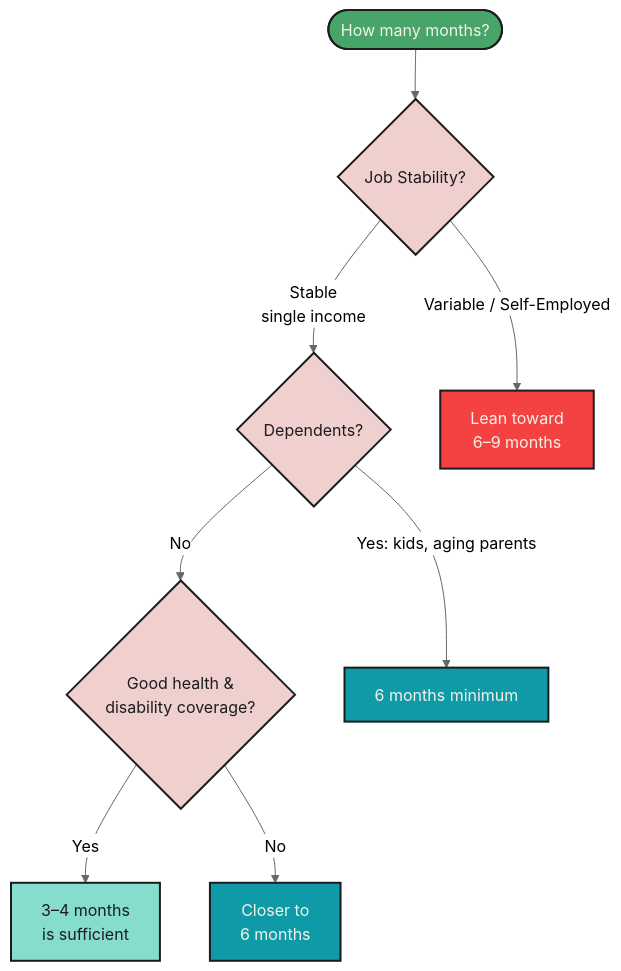
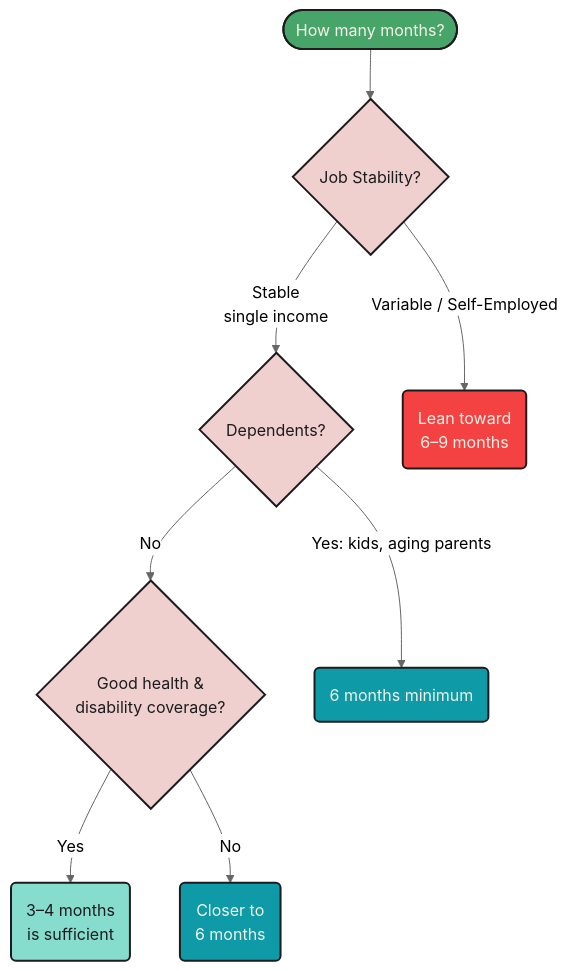
The second of 5 diagrams in emergency_fund.qmd (mjfrigaard/fm-finance), drawn with Mermaid before and after one commit. The commit also changed other lines of this file and 20 other files, not shown here.

Commit message:
updates to mermaid diagrams

````diff
--- a/emergency_fund.qmd
+++ b/emergency_fund.qmd
@@ -95,22 +81,22 @@
 ```{mermaid}
 %%| fig-cap: 'How Many Months Do You Need?'
 %%| fig-align: center
-%%{init: {'theme': 'neutral', 'themeVariables': { 'fontFamily': 'monospace', "fontSize":"16px"}}}%%
+%%{init: {'theme': 'neutral', 'themeVariables': { 'fontFamily': 'monospace', "darkMode":false, "fontSize":"16px"}}}%%
 
 flowchart TD
-    Start([How many months?]) --> Job{Job Stability?}
-    Job -->|Stable<br>single income| Dep{Dependents?}
-    Job -->|Variable / Self-Employed| More[Lean toward<br>6–9 months]
-    Dep -->|No| Insure{Good health &<br>disability coverage?}
-    Dep -->|Yes: kids, aging parents| SixPlus[6 months minimum]
-    Insure -->|Yes| ThreeToSix[3–4 months<br>is sufficient]
-    Insure -->|No| SixMonths[Closer to<br>6 months]
+    Start(["How many months?"]) --> Job{"Job Stability?"}
+    Job -->|"Stable<br>single income"| Dep{"Dependents?"}
+    Job -->|"Variable / Self-Employed"| More("Lean toward<br>6–9 months")
+    Dep -->|"No"| Insure{"Good health &<br>disability coverage?"}
+    Dep -->|"Yes: kids, aging parents"| SixPlus("6 months minimum")
+    Insure -->|"Yes"| ThreeToSix("3–4 months<br>is sufficient")
+    Insure -->|"No"| SixMonths("Closer to<br>6 months")
     style Start fill:#48a56a,color:#F5F2E8,stroke:#1C1C1E,stroke-width:2px
     style Job fill:#f0cfcf,color:#1C1C1E,stroke:#1C1C1E,stroke-width:2px
     style More fill:#f44242,color:#F5F2E8,stroke:#1C1C1E,stroke-width:2px
     style Dep fill:#f0cfcf,color:#1C1C1E,stroke:#1C1C1E,stroke-width:2px
     style SixPlus fill:#0e9aa7,color:#F5F2E8,stroke:#1C1C1E,stroke-width:2px
     style Insure fill:#f0cfcf,color:#1C1C1E,stroke:#1C1C1E,stroke-width:2px
     style ThreeToSix fill:#86ddcd,color:#1C1C1E,stroke:#1C1C1E,stroke-width:2px
     style SixMonths fill:#0e9aa7,color:#F5F2E8,stroke:#1C1C1E,stroke-width:2px
 ```
````
